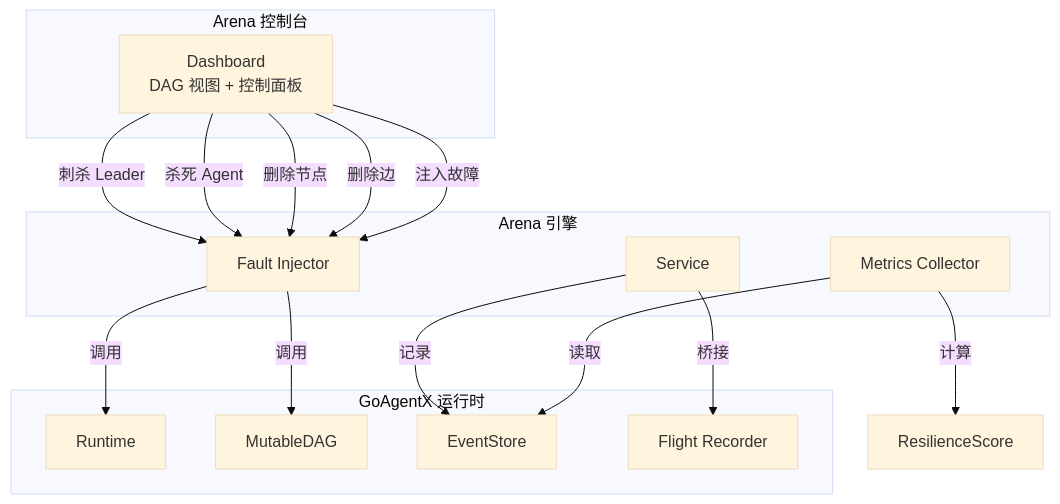
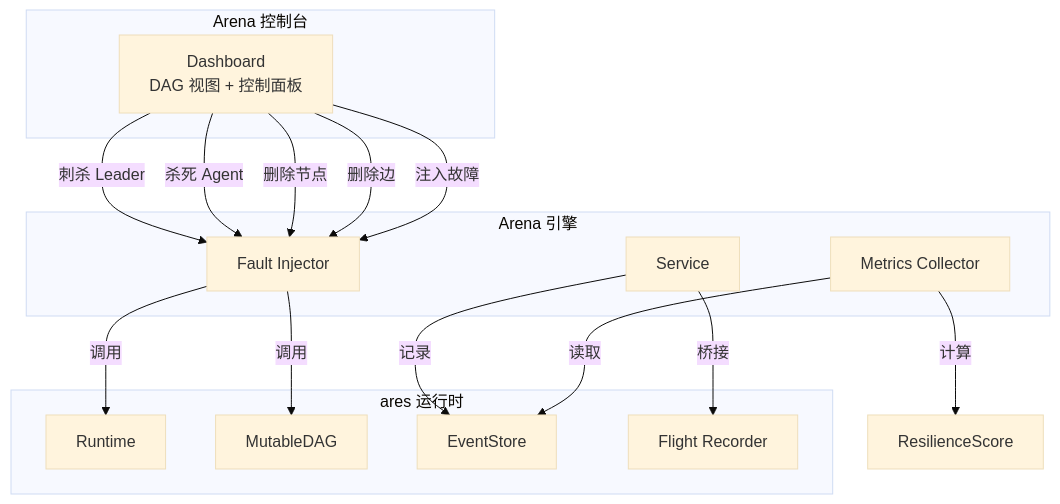
The first of 6 diagrams in docs/articles/zh/arena-fault-injection-deep-dive.md (Timwood0x10/ARES), drawn with Mermaid (base theme) before and after one commit. The commit also changed other lines of this file and 671 other files, not shown here.

````diff
--- a/docs/articles/zh/arena-fault-injection-deep-dive.md
+++ b/docs/articles/zh/arena-fault-injection-deep-dive.md
@@ -19,31 +19,31 @@
 ```mermaid
 graph TB
     subgraph "Arena 控制台"
         D[Dashboard\nDAG 视图 + 控制面板]
     end
 
     subgraph "Arena 引擎"
         I[Fault Injector]
         S[Service]
         M[Metrics Collector]
     end
 
-    subgraph "GoAgentX 运行时"
+    subgraph "ares 运行时"
         RT[Runtime]
         DAG[MutableDAG]
         ES[EventStore]
         FR[Flight Recorder]
     end
 
     D -->|刺杀 Leader| I
     D -->|杀死 Agent| I
     D -->|删除节点| I
     D -->|删除边| I
     D -->|注入故障| I
     I -->|调用| RT
     I -->|调用| DAG
     S -->|记录| ES
     S -->|桥接| FR
     M -->|读取| ES
     M -->|计算| SC[ResilienceScore]
 ```
````
